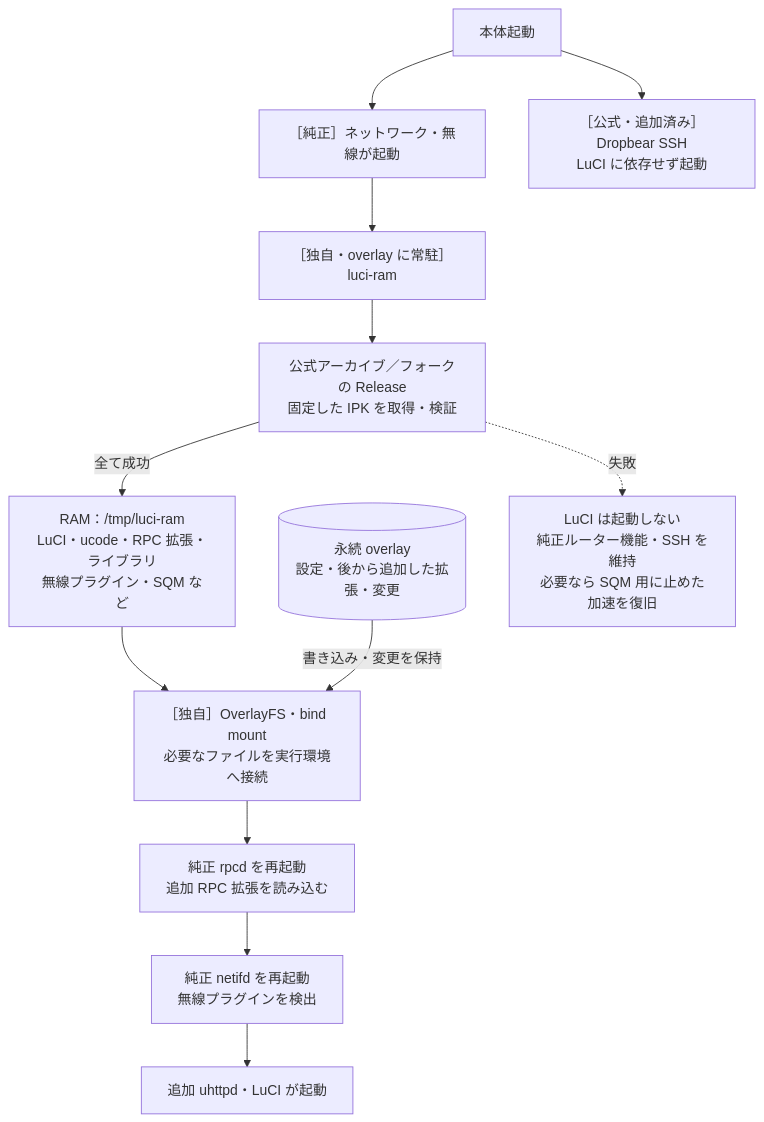
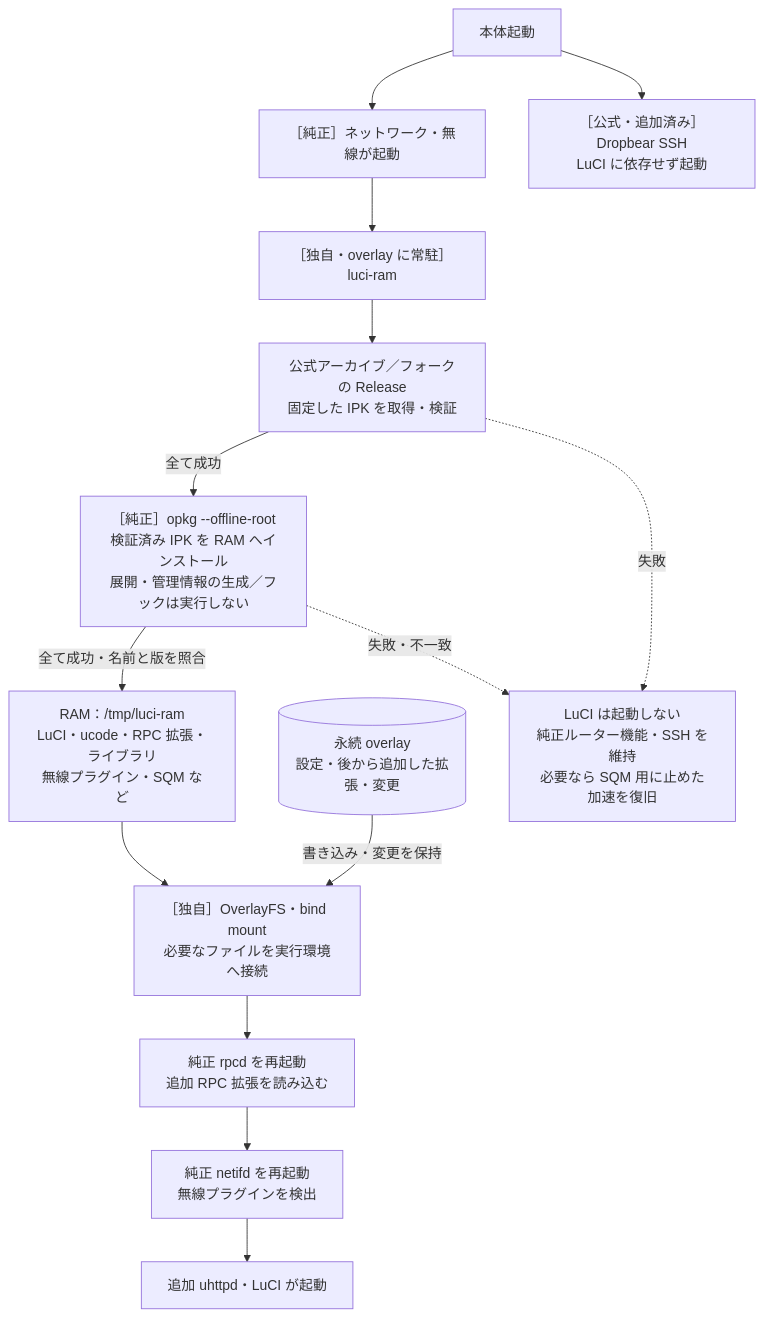
Before and after one commit to onokatio/luci: the second of 3 diagrams in README.md, drawn with Mermaid. The commit also changed other lines of this file and 6 other files, not shown here.

Commit message:
Delegate RAM package installation to native offline opkg

````diff
--- a/README.md
+++ b/README.md
@@ -101,27 +101,30 @@
 ```mermaid
 flowchart TD
     BOOT["本体起動"]
     OEM["［純正］ネットワーク・無線が起動"]
     SSH["［公式・追加済み］Dropbear SSH<br/>LuCI に依存せず起動"]
     START["［独自・overlay に常駐］luci-ram"]
     DOWNLOAD["公式アーカイブ／フォークの Release<br/>固定した IPK を取得・検証"]
+    OPKG["［純正］opkg --offline-root<br/>検証済み IPK を RAM へインストール<br/>展開・管理情報の生成／フックは実行しない"]
     RAM["RAM：/tmp/luci-ram<br/>LuCI・ucode・RPC 拡張・ライブラリ<br/>無線プラグイン・SQM など"]
     MOUNT["［独自］OverlayFS・bind mount<br/>必要なファイルを実行環境へ接続"]
     RPC["純正 rpcd を再起動<br/>追加 RPC 拡張を読み込む"]
     NET["純正 netifd を再起動<br/>無線プラグインを検出"]
     WEB["追加 uhttpd・LuCI が起動"]
     UPPER[("永続 overlay<br/>設定・後から追加した拡張・変更")]
     FAILURE["LuCI は起動しない<br/>純正ルーター機能・SSH を維持<br/>必要なら SQM 用に止めた加速を復旧"]
 
     BOOT --> OEM
     BOOT --> SSH
     OEM --> START
     START --> DOWNLOAD
-    DOWNLOAD -->|"全て成功"| RAM
+    DOWNLOAD -->|"全て成功"| OPKG
+    OPKG -->|"全て成功・名前と版を照合"| RAM
+    OPKG -.->|"失敗・不一致"| FAILURE
     DOWNLOAD -.->|"失敗"| FAILURE
     RAM --> MOUNT
     UPPER -->|"書き込み・変更を保持"| MOUNT
     MOUNT --> RPC
     RPC --> NET
     NET --> WEB
 ```
````
